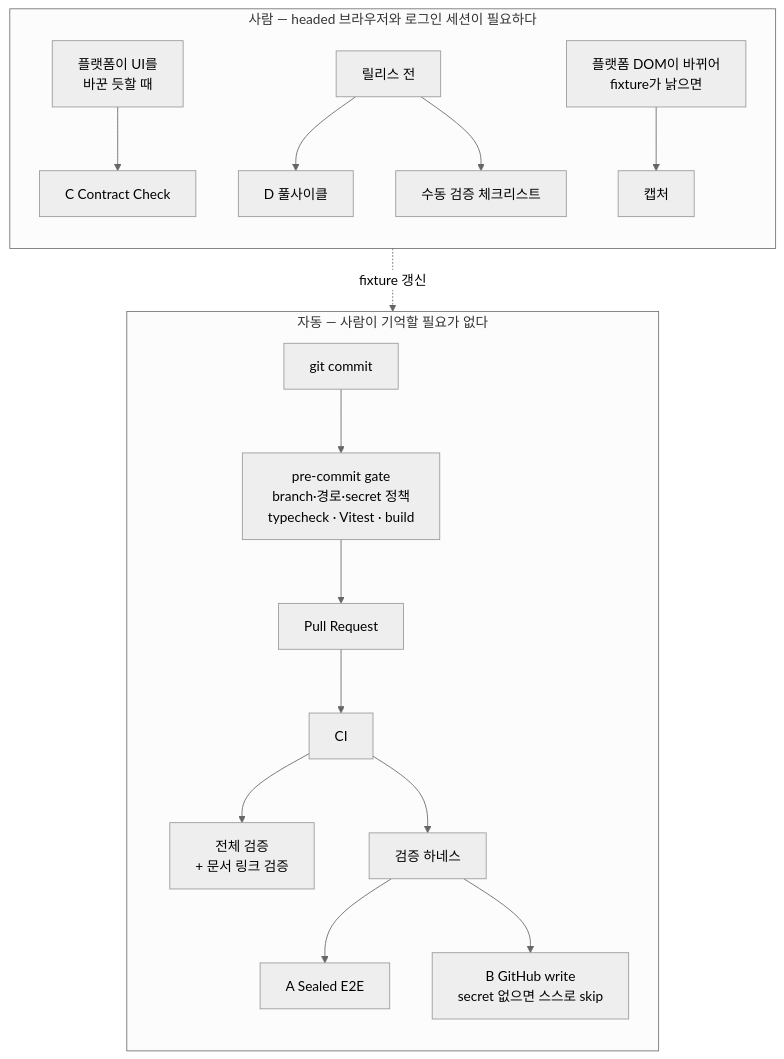
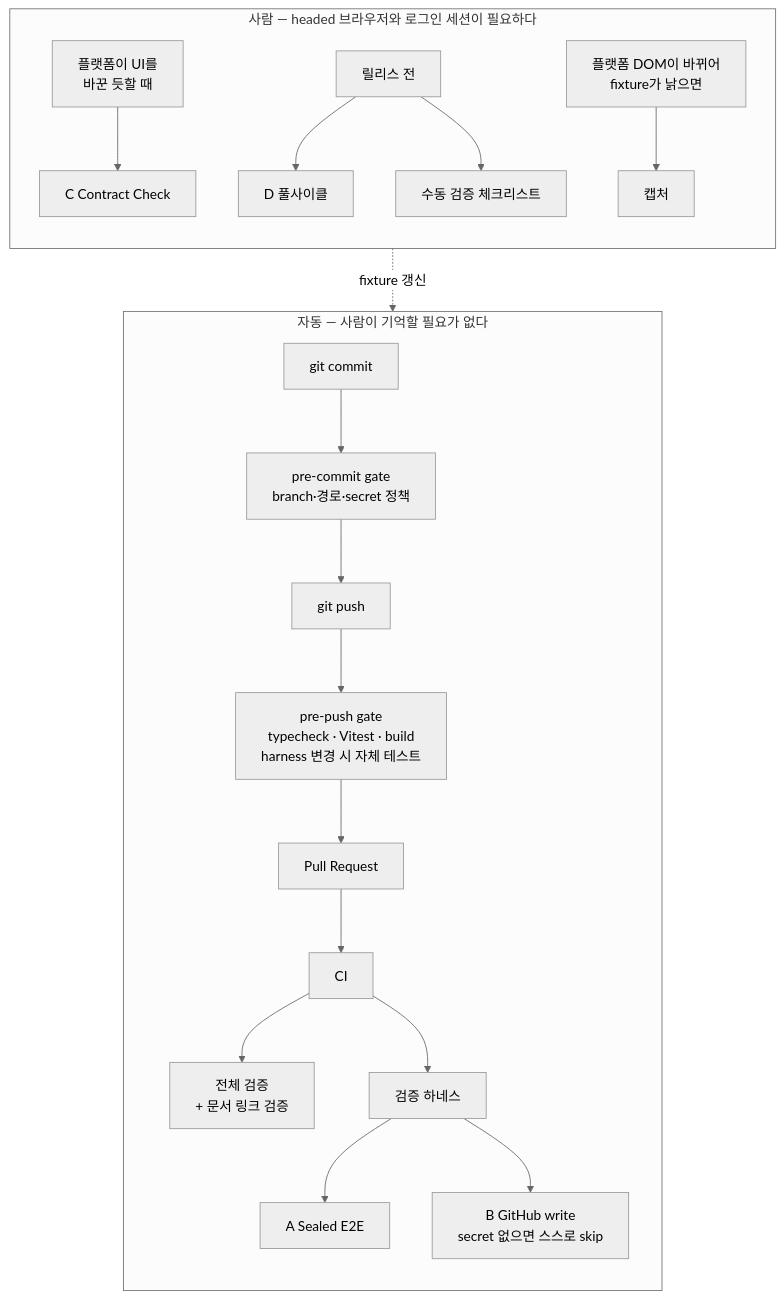
Before and after one commit to zaehorang/SolveSync: the third of 3 diagrams in docs/ARCHITECTURE.md, drawn with Mermaid (neutral theme). The commit also changed 8 other files, not shown here.

First line of the commit message:
chore: pre-commit의 typecheck·test·build를 pre-push로 옮긴다 (#105)

````diff
--- a/docs/ARCHITECTURE.md
+++ b/docs/ARCHITECTURE.md
@@ -420,20 +420,21 @@
 ```mermaid
 flowchart TB
   subgraph AUTO["자동 — 사람이 기억할 필요가 없다"]
     direction TB
-    commit["git commit"] --> gate["pre-commit gate<br/>branch·경로·secret 정책<br/>typecheck · Vitest · build"]
-    gate --> pr["Pull Request"] --> ci["CI"]
+    commit["git commit"] --> gate["pre-commit gate<br/>branch·경로·secret 정책"]
+    gate --> push["git push"] --> verify["pre-push gate<br/>typecheck · Vitest · build<br/>harness 변경 시 자체 테스트"]
+    verify --> pr["Pull Request"] --> ci["CI"]
     ci --> job1["전체 검증<br/>+ 문서 링크 검증"]
     ci --> job2["검증 하네스"]
     job2 --> A["A Sealed E2E"]
     job2 --> B["B GitHub write<br/>secret 없으면 스스로 skip"]
   end
   subgraph HUMAN["사람 — headed 브라우저와 로그인 세션이 필요하다"]
     direction TB
     ui["플랫폼이 UI를<br/>바꾼 듯할 때"] --> C["C Contract Check"]
     rel["릴리스 전"] --> D["D 풀사이클"]
     rel --> M["수동 검증 체크리스트"]
     dom["플랫폼 DOM이 바뀌어<br/>fixture가 낡으면"] --> cap["캡처"]
   end
   cap -.->|"fixture 갱신"| A
 ```
````
